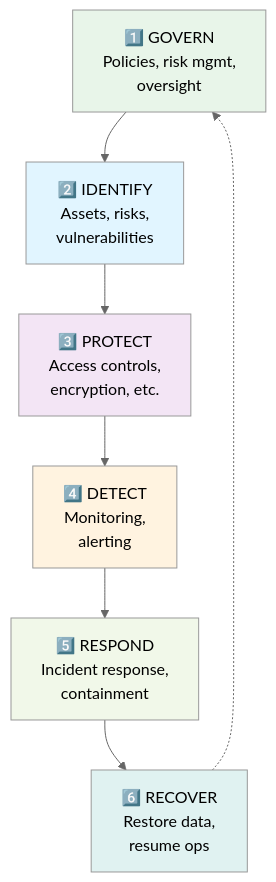
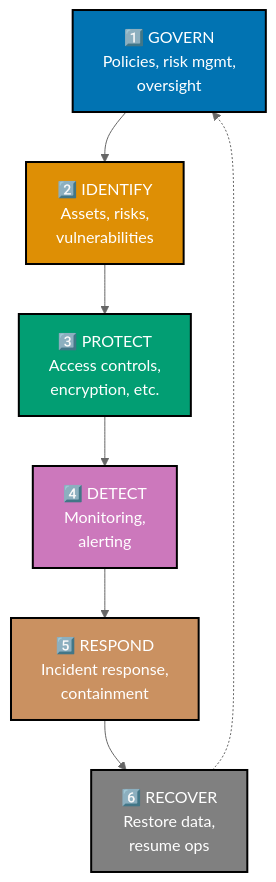
The first of 2 diagrams in docs/explanation/information-security/ex-inse__infosec.md (wahidyankf/open-sharia-enterprise), drawn with Mermaid (neutral theme) before and after one commit. The commit also changed other lines of this file and 22 other files, not shown here.

First line of the commit message:
docs(diagrams): ensure all mermaid diagrams use color-blind friendly palette

````diff
--- a/docs/explanation/information-security/ex-inse__infosec.md
+++ b/docs/explanation/information-security/ex-inse__infosec.md
@@ -140,16 +140,17 @@
 ```mermaid
+%% Color palette: Blue #0173B2, Orange #DE8F05, Teal #029E73, Purple #CC78BC, Brown #CA9161
 graph TD
     A["1️⃣ GOVERN<br/>Policies, risk mgmt,<br/>oversight"] --> B["2️⃣ IDENTIFY<br/>Assets, risks,<br/>vulnerabilities"]
     B --> C["3️⃣ PROTECT<br/>Access controls,<br/>encryption, etc."]
     C --> D["4️⃣ DETECT<br/>Monitoring,<br/>alerting"]
     D --> E["5️⃣ RESPOND<br/>Incident response,<br/>containment"]
     E --> F["6️⃣ RECOVER<br/>Restore data,<br/>resume ops"]
     F -.-> A
 
-    style A fill:#e8f5e9
-    style B fill:#e1f5ff
-    style C fill:#f3e5f5
-    style D fill:#fff3e0
-    style E fill:#f1f8e9
-    style F fill:#e0f2f1
+    style A fill:#0173B2,stroke:#000000,color:#FFFFFF,stroke-width:2px
+    style B fill:#DE8F05,stroke:#000000,color:#FFFFFF,stroke-width:2px
+    style C fill:#029E73,stroke:#000000,color:#FFFFFF,stroke-width:2px
+    style D fill:#CC78BC,stroke:#000000,color:#FFFFFF,stroke-width:2px
+    style E fill:#CA9161,stroke:#000000,color:#FFFFFF,stroke-width:2px
+    style F fill:#808080,stroke:#000000,color:#FFFFFF,stroke-width:2px
 ```
````
